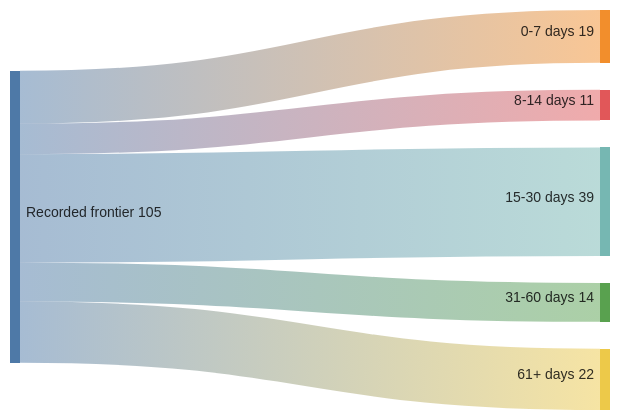
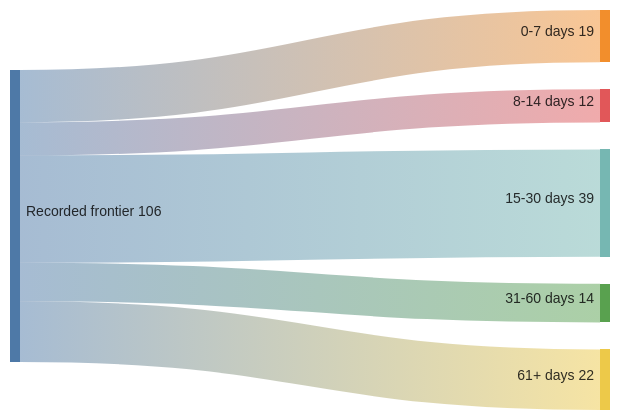
The diagram in docs/diagrams/horizon_sankey.mmd (Armanasq/phd_tracker), drawn with Mermaid before and after one commit. The commit also changed 29 other files, not shown here.

```diff
--- a/docs/diagrams/horizon_sankey.mmd
+++ b/docs/diagrams/horizon_sankey.mmd
@@ -1,6 +1,6 @@
 sankey-beta
 Recorded frontier,0-7 days,19
-Recorded frontier,8-14 days,11
+Recorded frontier,8-14 days,12
 Recorded frontier,15-30 days,39
 Recorded frontier,31-60 days,14
 Recorded frontier,61+ days,22
```
